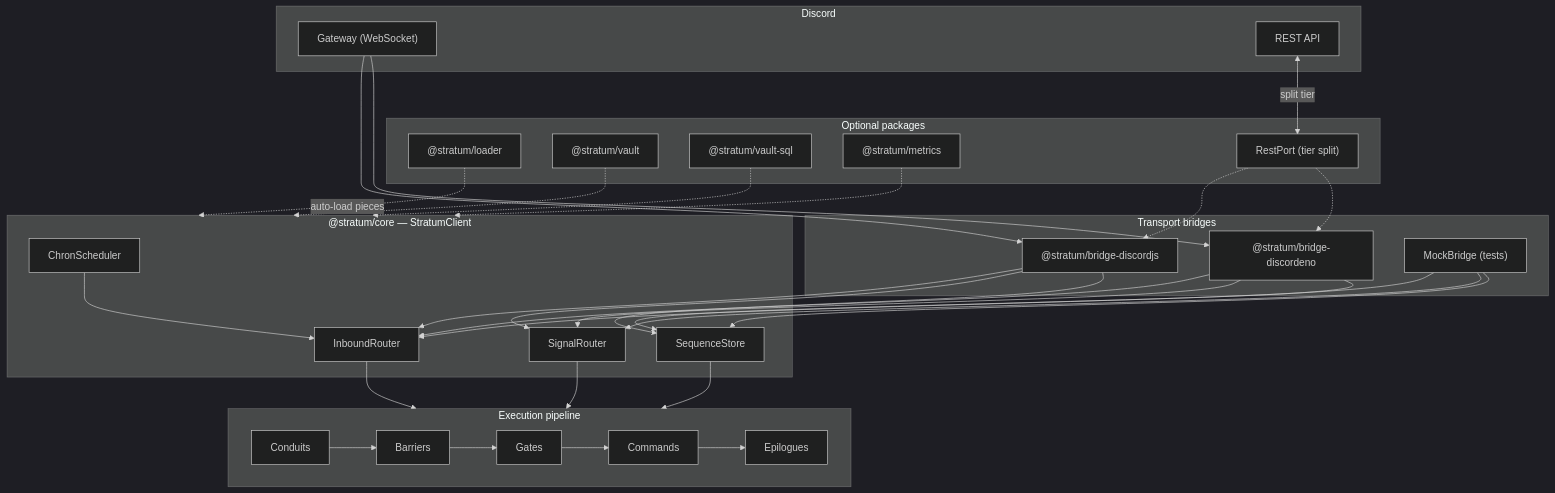
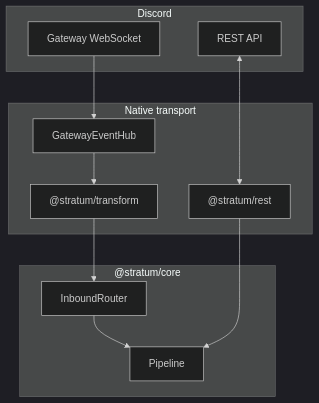
The diagram in README.md (Mivaya/Stratum), drawn with Mermaid (dark theme) before and after one commit. The commit also changed other lines of this file and 179 other files, not shown here.

````diff
--- a/README.md
+++ b/README.md
@@ -45,48 +91,23 @@
 ```mermaid
 flowchart TB
     subgraph Discord["Discord"]
-        GW["Gateway (WebSocket)"]
+        GW["Gateway WebSocket"]
         API["REST API"]
     end
 
-    subgraph Bridges["Transport bridges"]
-        DJS["@stratum/bridge-discordjs"]
-        DENO["@stratum/bridge-discordeno"]
-        MOCK["MockBridge (tests)"]
+    subgraph Native["Native transport"]
+        GWH["GatewayEventHub"]
+        REST["@stratum/rest"]
+        TR["@stratum/transform"]
     end
 
-    subgraph Core["@stratum/core — StratumClient"]
+    subgraph Core["@stratum/core"]
         IR["InboundRouter"]
-        SR["SignalRouter"]
-        SQ["SequenceStore"]
-        CR["ChronScheduler"]
+        PL["Pipeline"]
     end
 
-    subgraph Pipeline["Execution pipeline"]
-        direction LR
-        CD["Conduits"]
-        BR["Barriers"]
-        GT["Gates"]
-        CMD["Commands"]
-        EP["Epilogues"]
-        CD --> BR --> GT --> CMD --> EP
-    end
-
-    subgraph Optional["Optional packages"]
-        LD["@stratum/loader"]
-        VT["@stratum/vault"]
-        SQL["@stratum/vault-sql"]
-        MT["@stratum/metrics"]
-        RP["RestPort (tier split)"]
-    end
-
-    GW --> DJS & DENO
-    API <-->|"split tier"| RP
-    DJS & DENO & MOCK --> IR & SR & SQ
-    IR & SR & SQ --> CD
-    CR --> IR
-    LD -.->|"auto-load pieces"| Core
-    VT & SQL -.-> Core
-    MT -.-> Core
-    RP -.-> DJS & DENO
+    GW --> GWH
+    API <--> REST
+    GWH --> TR --> IR --> PL
+    REST --> PL
 ```
````
